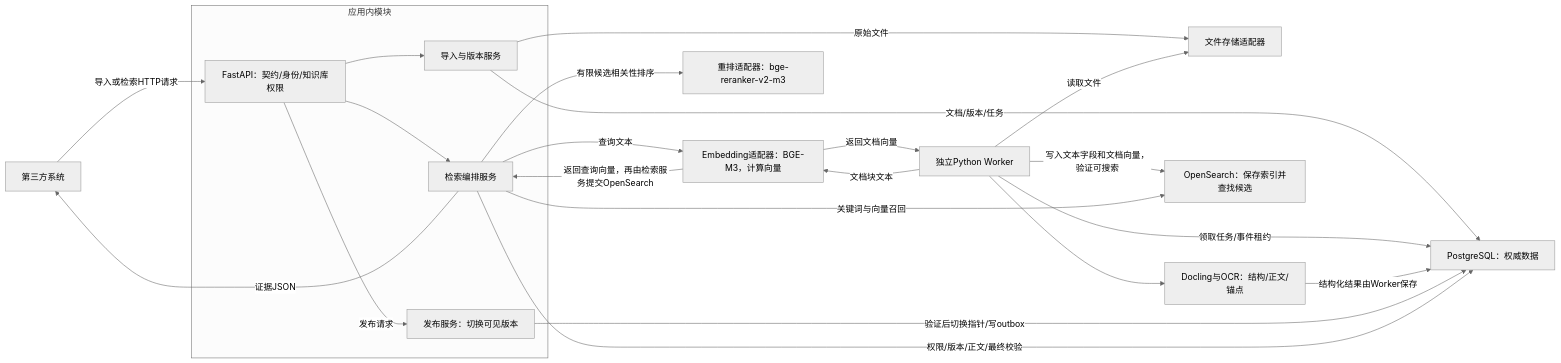
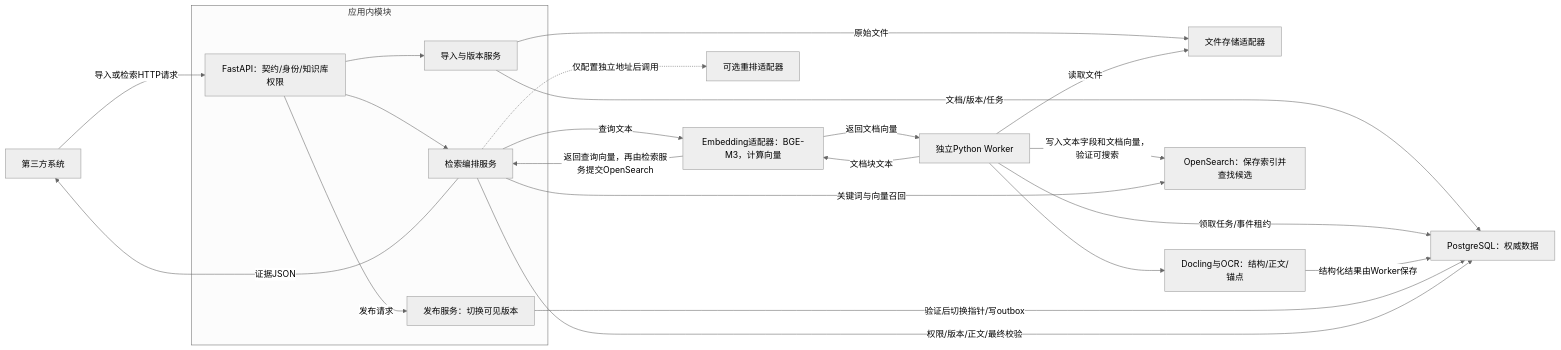
Before and after one commit to ttonghao-thao/CueKB: the second of 6 diagrams in docs/SYSTEM_DESIGN.md, drawn with Mermaid (neutral theme). The commit also changed other lines of this file and 28 other files, not shown here.

````diff
--- a/docs/SYSTEM_DESIGN.md
+++ b/docs/SYSTEM_DESIGN.md
@@ -77,26 +77,26 @@
 ```mermaid
 flowchart LR
     C["第三方系统"] -->|导入或检索HTTP请求| API["FastAPI：契约/身份/知识库权限"]
     subgraph APP["应用内模块"]
         API --> ING["导入与版本服务"]
         API --> RET["检索编排服务"]
         PUB["发布服务：切换可见版本"]
     end
     ING -->|原始文件| FILE["文件存储适配器"]
     ING -->|文档/版本/任务| PG["PostgreSQL：权威数据"]
     W["独立Python Worker"] -->|领取任务/事件租约| PG
     W -->|读取文件| FILE
     W --> PARSE["Docling与OCR：结构/正文/锚点"]
     PARSE -->|结构化结果由Worker保存| PG
     W -->|文档块文本| EMB["Embedding适配器：BGE-M3，计算向量"]
     EMB -->|返回文档向量| W
     W -->|写入文本字段和文档向量，验证可搜索| OS["OpenSearch：保存索引并查找候选"]
     API -->|发布请求| PUB
     PUB -->|验证后切换指针/写outbox| PG
     RET -->|权限/版本/正文/最终校验| PG
     RET -->|关键词与向量召回| OS
     RET -->|查询文本| EMB
     EMB -->|返回查询向量，再由检索服务提交OpenSearch| RET
-    RET -->|有限候选相关性排序| RANK["重排适配器：bge-reranker-v2-m3"]
+    RET -.->|仅配置独立地址后调用| RANK["可选重排适配器"]
     RET -->|证据JSON| C
 ```
````
